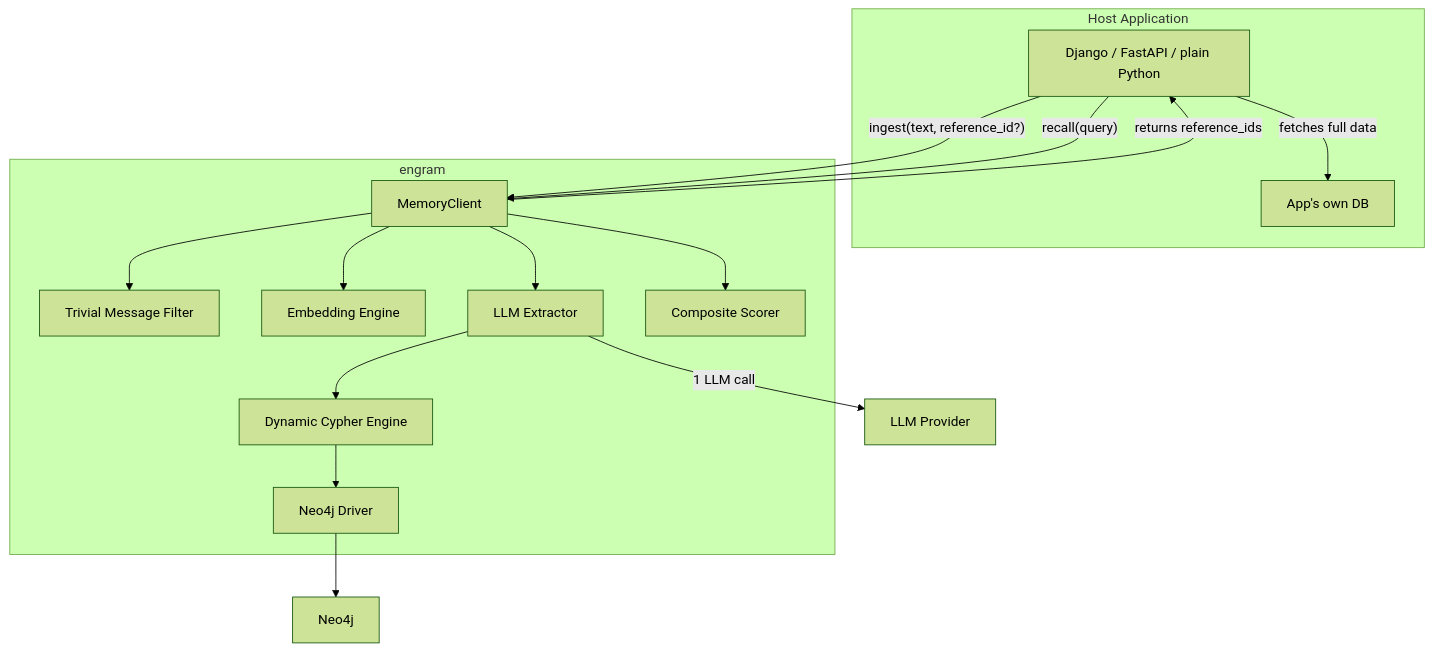
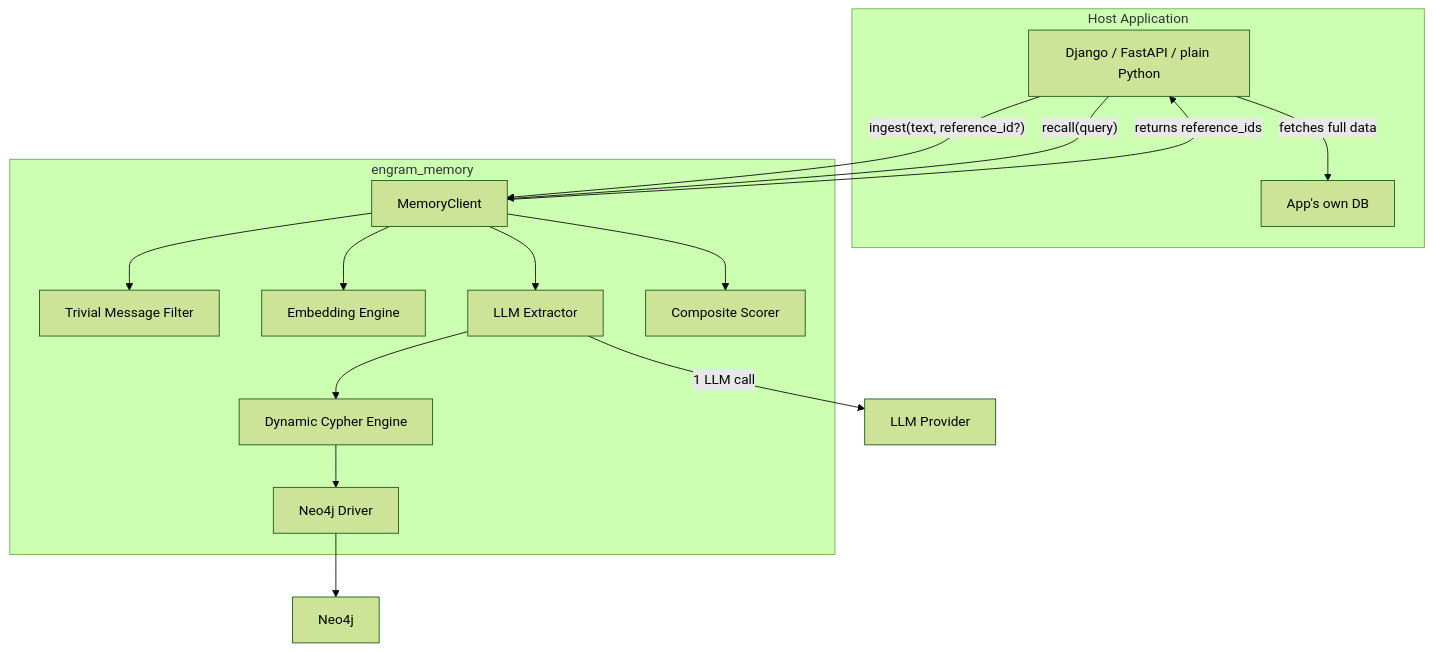
The first of 3 diagrams in docs/overview.md (hackdavid/engram-memory), drawn with Mermaid (forest theme) before and after one commit. The commit also changed other lines of this file and 118 other files, not shown here.

````diff
--- a/docs/overview.md
+++ b/docs/overview.md
@@ -54,30 +54,30 @@
 ```mermaid
 flowchart TB
     subgraph app [Host Application]
         AppCode["Django / FastAPI / plain Python"]
         AppDB["App's own DB"]
     end
 
-    subgraph sdk [engram]
+    subgraph sdk [engram_memory]
         Client["MemoryClient"]
         TrivialFilter["Trivial Message Filter"]
         Embedder["Embedding Engine"]
         Extractor["LLM Extractor"]
         CypherEngine["Dynamic Cypher Engine"]
         Scorer["Composite Scorer"]
         GraphDriver["Neo4j Driver"]
     end
 
     Neo4j["Neo4j"]
 
     AppCode -->|"ingest(text, reference_id?)"| Client
     AppCode -->|"recall(query)"| Client
     Client --> TrivialFilter
     Client --> Embedder
     Client --> Extractor -->|"1 LLM call"| LLM["LLM Provider"]
     Extractor --> CypherEngine --> GraphDriver
     Client --> Scorer
     GraphDriver --> Neo4j
     Client -->|"returns reference_ids"| AppCode
     AppCode -->|"fetches full data"| AppDB
 ```
````
